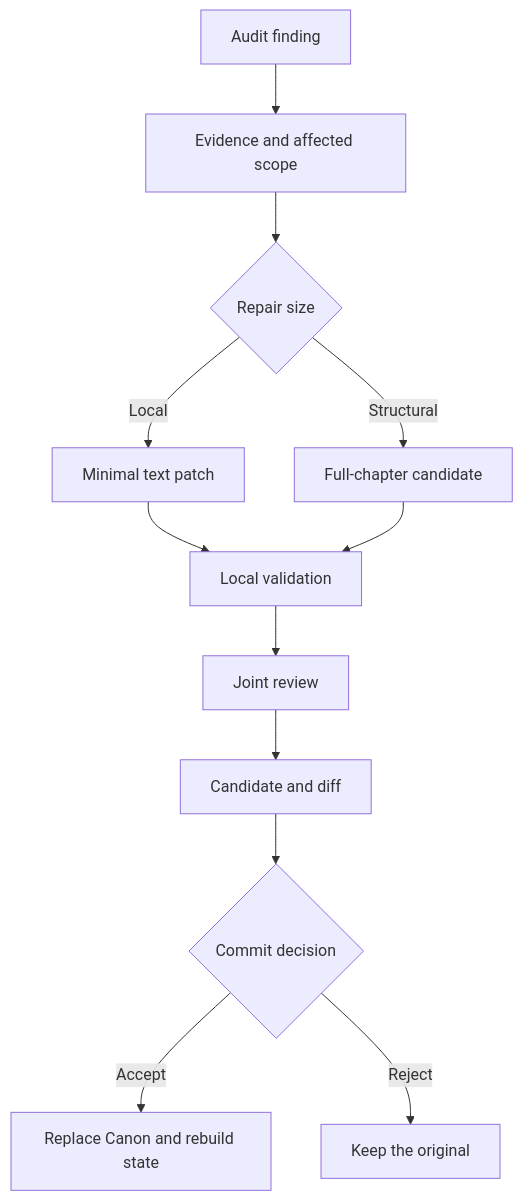
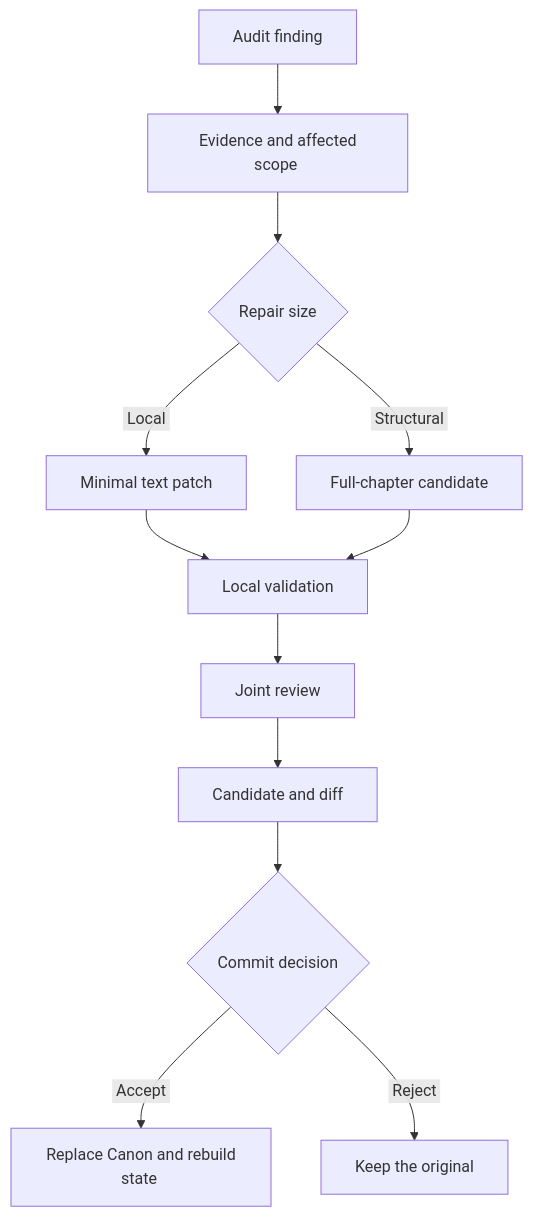
One commit to shjkea/NovelAgent changed the third of 3 diagrams in README_EN.md. Above: the diagram before and after it, drawn with Mermaid. The commit also changed other lines of this file and 1 other file, not shown here.

Commit message:
Fix Mermaid text clipping

````diff
--- a/README_EN.md
+++ b/README_EN.md
@@ -104,14 +104,14 @@
 ```mermaid
 flowchart TD
-    A["Audit finding"] --> B["Evidence and affected scope"]
-    B --> C{"Repair size"}
-    C -->|"Local"| D["Minimal text patch"]
-    C -->|"Structural"| E["Full-chapter candidate"]
-    D --> F["Local validation"]
+    A["&nbsp;Audit finding&nbsp;"] --> B["&nbsp;Evidence and affected scope&nbsp;"]
+    B --> C{"&nbsp;Repair size&nbsp;"}
+    C -->|"&nbsp;Local&nbsp;"| D["&nbsp;Minimal text patch&nbsp;"]
+    C -->|"&nbsp;Structural&nbsp;"| E["&nbsp;Full-chapter candidate&nbsp;"]
+    D --> F["&nbsp;Local validation&nbsp;"]
     E --> F
-    F --> G["Joint review"]
-    G --> H["Candidate and diff"]
-    H --> I{"Commit decision"}
-    I -->|"Accept"| J["Replace Canon and rebuild state"]
-    I -->|"Reject"| K["Keep the original"]
+    F --> G["&nbsp;Joint review&nbsp;"]
+    G --> H["&nbsp;Candidate and diff&nbsp;"]
+    H --> I{"&nbsp;Commit decision&nbsp;"}
+    I -->|"&nbsp;Accept&nbsp;"| J["&nbsp;Replace Canon and rebuild state&nbsp;"]
+    I -->|"&nbsp;Reject&nbsp;"| K["&nbsp;Keep the original&nbsp;"]
 ```
````
